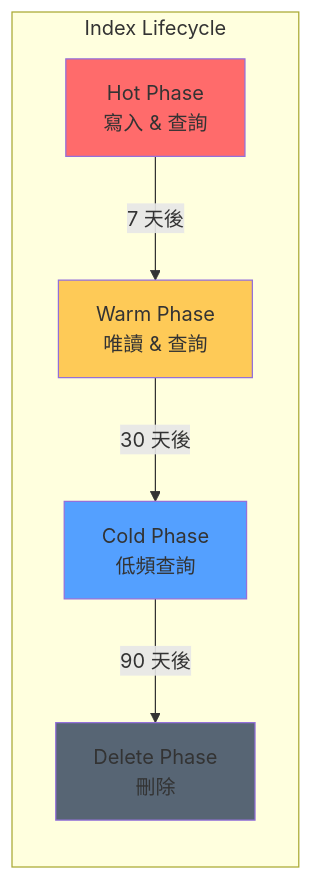
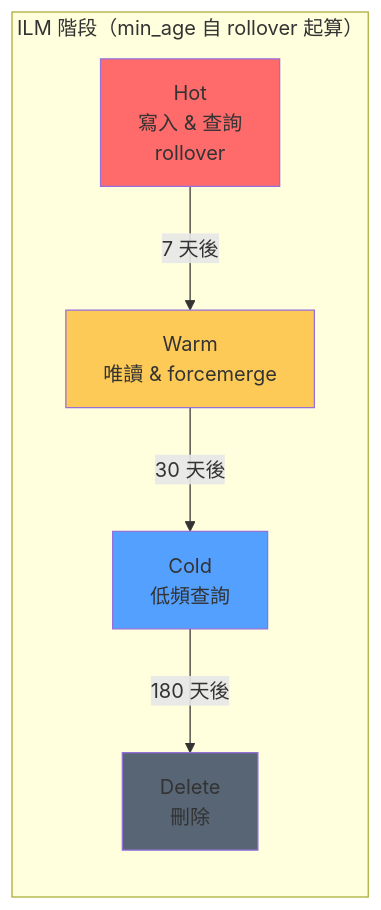
Diagram 20 of 28 in content/posts/教學/工具/ELK-Stack教學手冊.md (chihhung/Blog), drawn with Mermaid before and after one commit. The commit also changed other lines of this file and 8 other files, not shown here.

````diff
--- a/content/posts/教學/工具/ELK-Stack教學手冊.md
+++ b/content/posts/教學/工具/ELK-Stack教學手冊.md
@@ -1965,18 +3516,18 @@
 ```mermaid
 graph LR
-    subgraph "Index Lifecycle"
-        H[Hot Phase<br/>寫入 & 查詢]
-        W[Warm Phase<br/>唯讀 & 查詢]
-        C[Cold Phase<br/>低頻查詢]
-        D[Delete Phase<br/>刪除]
+    subgraph "ILM 階段（min_age 自 rollover 起算）"
+        H[Hot<br/>寫入 & 查詢<br/>rollover]
+        W[Warm<br/>唯讀 & forcemerge]
+        C[Cold<br/>低頻查詢]
+        D[Delete<br/>刪除]
     end
-    
+
     H -->|"7 天後"| W
     W -->|"30 天後"| C
-    C -->|"90 天後"| D
-    
+    C -->|"180 天後"| D
+
     style H fill:#ff6b6b
     style W fill:#feca57
     style C fill:#54a0ff
     style D fill:#576574
 ```
````
